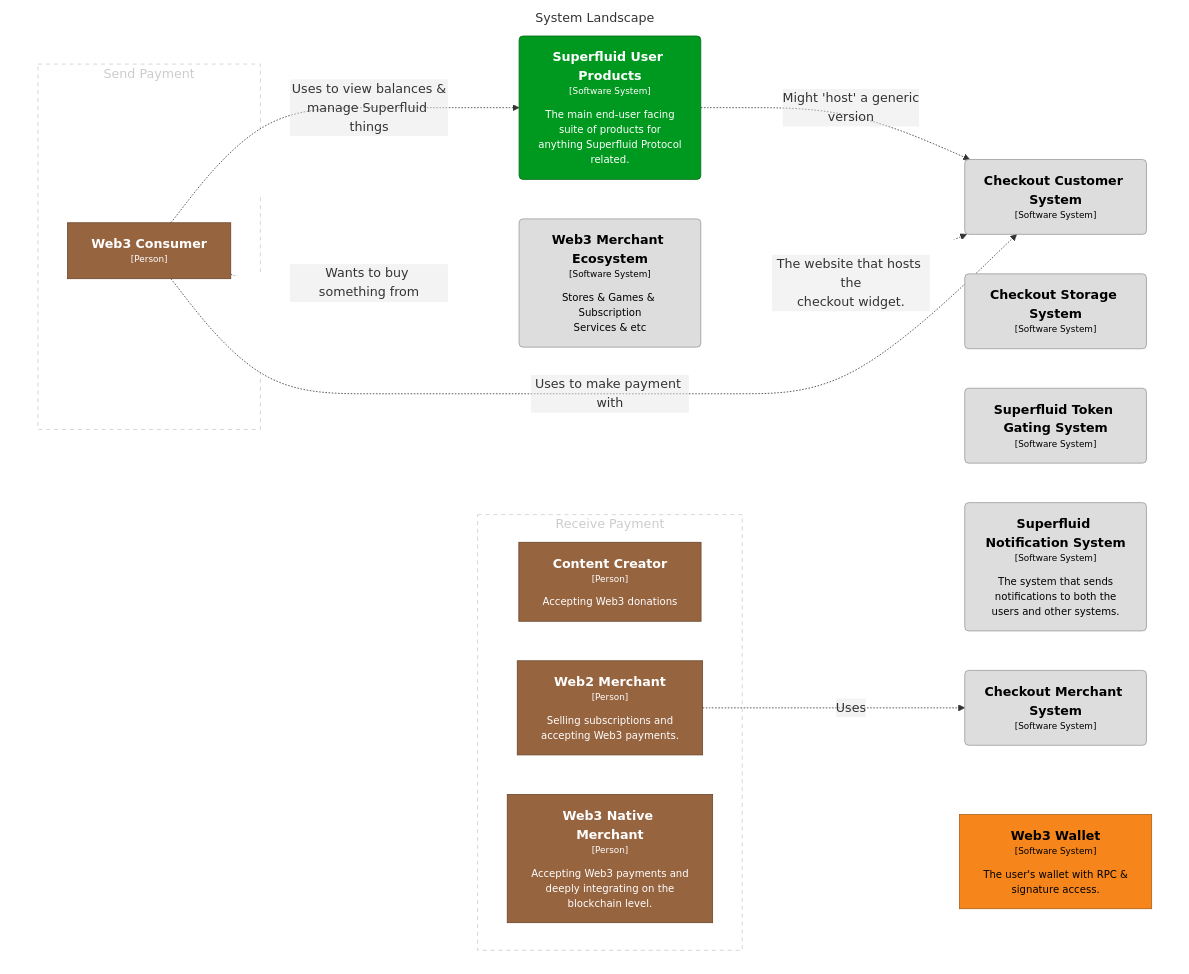
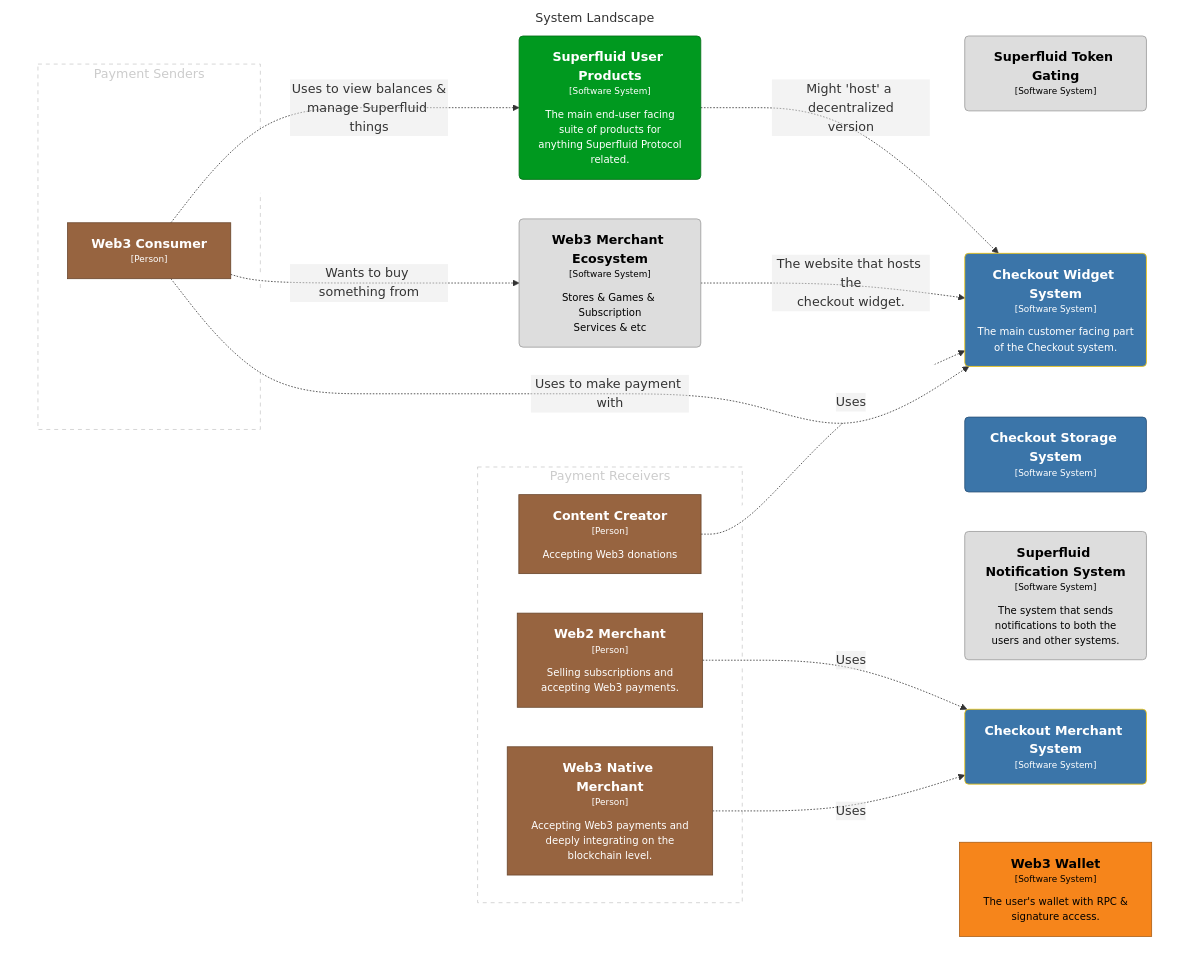
One commit to superfluid-finance/widget changed the diagram in architecture/diagrams/structurizr-TheBigPicture.mmd. Above: the diagram before and after it, drawn with Mermaid. The commit also changed 13 other files, not shown here.

```diff
--- a/architecture/diagrams/structurizr-TheBigPicture.mmd
+++ b/architecture/diagrams/structurizr-TheBigPicture.mmd
@@ -1,48 +1,50 @@
 graph TB
   linkStyle default fill:#ffffff
 
   subgraph diagram [System Landscape]
     style diagram fill:#ffffff,stroke:#ffffff
 
-    subgraph group1 [Receive Payment]
+    subgraph group1 [Payment Receivers]
       style group1 fill:#ffffff,stroke:#cccccc,color:#cccccc,stroke-dasharray:5
 
-      53["<div style='font-weight: bold'>Content Creator</div><div style='font-size: 70%; margin-top: 0px'>[Person]</div><div style='font-size: 80%; margin-top:10px'>Accepting Web3 donations</div>"]
-      style 53 fill:#976440,stroke:#69462c,color:#ffffff
-      54["<div style='font-weight: bold'>Web2 Merchant</div><div style='font-size: 70%; margin-top: 0px'>[Person]</div><div style='font-size: 80%; margin-top:10px'>Selling subscriptions and<br />accepting Web3 payments.</div>"]
-      style 54 fill:#976440,stroke:#69462c,color:#ffffff
-      56["<div style='font-weight: bold'>Web3 Native Merchant</div><div style='font-size: 70%; margin-top: 0px'>[Person]</div><div style='font-size: 80%; margin-top:10px'>Accepting Web3 payments and<br />deeply integrating on the<br />blockchain level.</div>"]
-      style 56 fill:#976440,stroke:#69462c,color:#ffffff
+      58["<div style='font-weight: bold'>Content Creator</div><div style='font-size: 70%; margin-top: 0px'>[Person]</div><div style='font-size: 80%; margin-top:10px'>Accepting Web3 donations</div>"]
+      style 58 fill:#976440,stroke:#69462c,color:#ffffff
+      61["<div style='font-weight: bold'>Web2 Merchant</div><div style='font-size: 70%; margin-top: 0px'>[Person]</div><div style='font-size: 80%; margin-top:10px'>Selling subscriptions and<br />accepting Web3 payments.</div>"]
+      style 61 fill:#976440,stroke:#69462c,color:#ffffff
+      63["<div style='font-weight: bold'>Web3 Native Merchant</div><div style='font-size: 70%; margin-top: 0px'>[Person]</div><div style='font-size: 80%; margin-top:10px'>Accepting Web3 payments and<br />deeply integrating on the<br />blockchain level.</div>"]
+      style 63 fill:#976440,stroke:#69462c,color:#ffffff
     end
 
-    subgraph group2 [Send Payment]
+    subgraph group2 [Payment Senders]
       style group2 fill:#ffffff,stroke:#cccccc,color:#cccccc,stroke-dasharray:5
 
-      57["<div style='font-weight: bold'>Web3 Consumer</div><div style='font-size: 70%; margin-top: 0px'>[Person]</div>"]
-      style 57 fill:#976440,stroke:#69462c,color:#ffffff
+      65["<div style='font-weight: bold'>Web3 Consumer</div><div style='font-size: 70%; margin-top: 0px'>[Person]</div>"]
+      style 65 fill:#976440,stroke:#69462c,color:#ffffff
     end
 
-    1("<div style='font-weight: bold'>Checkout Customer System</div><div style='font-size: 70%; margin-top: 0px'>[Software System]</div>")
+    1("<div style='font-weight: bold'>Superfluid Token Gating</div><div style='font-size: 70%; margin-top: 0px'>[Software System]</div>")
     style 1 fill:#dddddd,stroke:#9a9a9a,color:#000000
-    25("<div style='font-weight: bold'>Checkout Storage System</div><div style='font-size: 70%; margin-top: 0px'>[Software System]</div>")
-    style 25 fill:#dddddd,stroke:#9a9a9a,color:#000000
-    28("<div style='font-weight: bold'>Superfluid Token Gating System</div><div style='font-size: 70%; margin-top: 0px'>[Software System]</div>")
-    style 28 fill:#dddddd,stroke:#9a9a9a,color:#000000
-    30("<div style='font-weight: bold'>Superfluid Notification System</div><div style='font-size: 70%; margin-top: 0px'>[Software System]</div><div style='font-size: 80%; margin-top:10px'>The system that sends<br />notifications to both the<br />users and other systems.</div>")
-    style 30 fill:#dddddd,stroke:#9a9a9a,color:#000000
-    32("<div style='font-weight: bold'>Checkout Merchant System</div><div style='font-size: 70%; margin-top: 0px'>[Software System]</div>")
-    style 32 fill:#dddddd,stroke:#9a9a9a,color:#000000
-    35("<div style='font-weight: bold'>Superfluid User Products</div><div style='font-size: 70%; margin-top: 0px'>[Software System]</div><div style='font-size: 80%; margin-top:10px'>The main end-user facing<br />suite of products for<br />anything Superfluid Protocol<br />related.</div>")
-    style 35 fill:#00991f,stroke:#006b15,color:#ffffff
-    49["<div style='font-weight: bold'>Web3 Wallet</div><div style='font-size: 70%; margin-top: 0px'>[Software System]</div><div style='font-size: 80%; margin-top:10px'>The user's wallet with RPC &<br />signature access.</div>"]
-    style 49 fill:#f6851b,stroke:#ac5d12,color:#000000
-    50("<div style='font-weight: bold'>Web3 Merchant Ecosystem</div><div style='font-size: 70%; margin-top: 0px'>[Software System]</div><div style='font-size: 80%; margin-top:10px'>Stores & Games & Subscription<br />Services & etc</div>")
-    style 50 fill:#dddddd,stroke:#9a9a9a,color:#000000
+    3("<div style='font-weight: bold'>Checkout Widget System</div><div style='font-size: 70%; margin-top: 0px'>[Software System]</div><div style='font-size: 80%; margin-top:10px'>The main customer facing part<br />of the Checkout system.</div>")
+    style 3 fill:#3b75a9,stroke:#f8c806,color:#ffffff
+    32("<div style='font-weight: bold'>Checkout Storage System</div><div style='font-size: 70%; margin-top: 0px'>[Software System]</div>")
+    style 32 fill:#3b75a9,stroke:#295176,color:#ffffff
+    35("<div style='font-weight: bold'>Superfluid Notification System</div><div style='font-size: 70%; margin-top: 0px'>[Software System]</div><div style='font-size: 80%; margin-top:10px'>The system that sends<br />notifications to both the<br />users and other systems.</div>")
+    style 35 fill:#dddddd,stroke:#9a9a9a,color:#000000
+    37("<div style='font-weight: bold'>Checkout Merchant System</div><div style='font-size: 70%; margin-top: 0px'>[Software System]</div>")
+    style 37 fill:#3b75a9,stroke:#f8c806,color:#ffffff
+    40("<div style='font-weight: bold'>Superfluid User Products</div><div style='font-size: 70%; margin-top: 0px'>[Software System]</div><div style='font-size: 80%; margin-top:10px'>The main end-user facing<br />suite of products for<br />anything Superfluid Protocol<br />related.</div>")
+    style 40 fill:#00991f,stroke:#006b15,color:#ffffff
+    54["<div style='font-weight: bold'>Web3 Wallet</div><div style='font-size: 70%; margin-top: 0px'>[Software System]</div><div style='font-size: 80%; margin-top:10px'>The user's wallet with RPC &<br />signature access.</div>"]
+    style 54 fill:#f6851b,stroke:#ac5d12,color:#000000
+    55("<div style='font-weight: bold'>Web3 Merchant Ecosystem</div><div style='font-size: 70%; margin-top: 0px'>[Software System]</div><div style='font-size: 80%; margin-top:10px'>Stores & Games & Subscription<br />Services & etc</div>")
+    style 55 fill:#dddddd,stroke:#9a9a9a,color:#000000
 
-    35-. "<div>Might 'host' a generic<br />version</div><div style='font-size: 70%'></div>" .->1
-    50-. "<div>The website that hosts the<br />checkout widget.</div><div style='font-size: 70%'></div>" .->1
-    54-. "<div>Uses</div><div style='font-size: 70%'></div>" .->32
-    57-. "<div>Uses to view balances &<br />manage Superfluid things</div><div style='font-size: 70%'></div>" .->35
-    57-. "<div>Wants to buy something from</div><div style='font-size: 70%'></div>" .->50
-    57-. "<div>Uses to make payment with</div><div style='font-size: 70%'></div>" .->1
+    40-. "<div>Might 'host' a decentralized<br />version</div><div style='font-size: 70%'></div>" .->3
+    55-. "<div>The website that hosts the<br />checkout widget.</div><div style='font-size: 70%'></div>" .->3
+    58-. "<div>Uses</div><div style='font-size: 70%'></div>" .->3
+    61-. "<div>Uses</div><div style='font-size: 70%'></div>" .->37
+    63-. "<div>Uses</div><div style='font-size: 70%'></div>" .->37
+    65-. "<div>Uses to view balances &<br />manage Superfluid things</div><div style='font-size: 70%'></div>" .->40
+    65-. "<div>Wants to buy something from</div><div style='font-size: 70%'></div>" .->55
+    65-. "<div>Uses to make payment with</div><div style='font-size: 70%'></div>" .->3
   end
```
